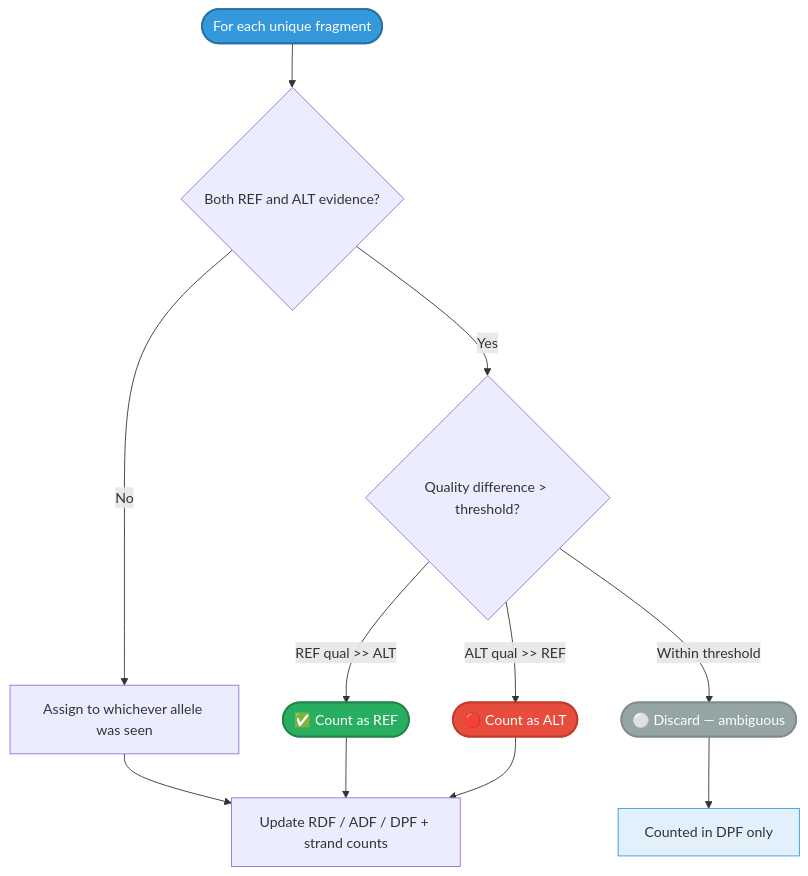
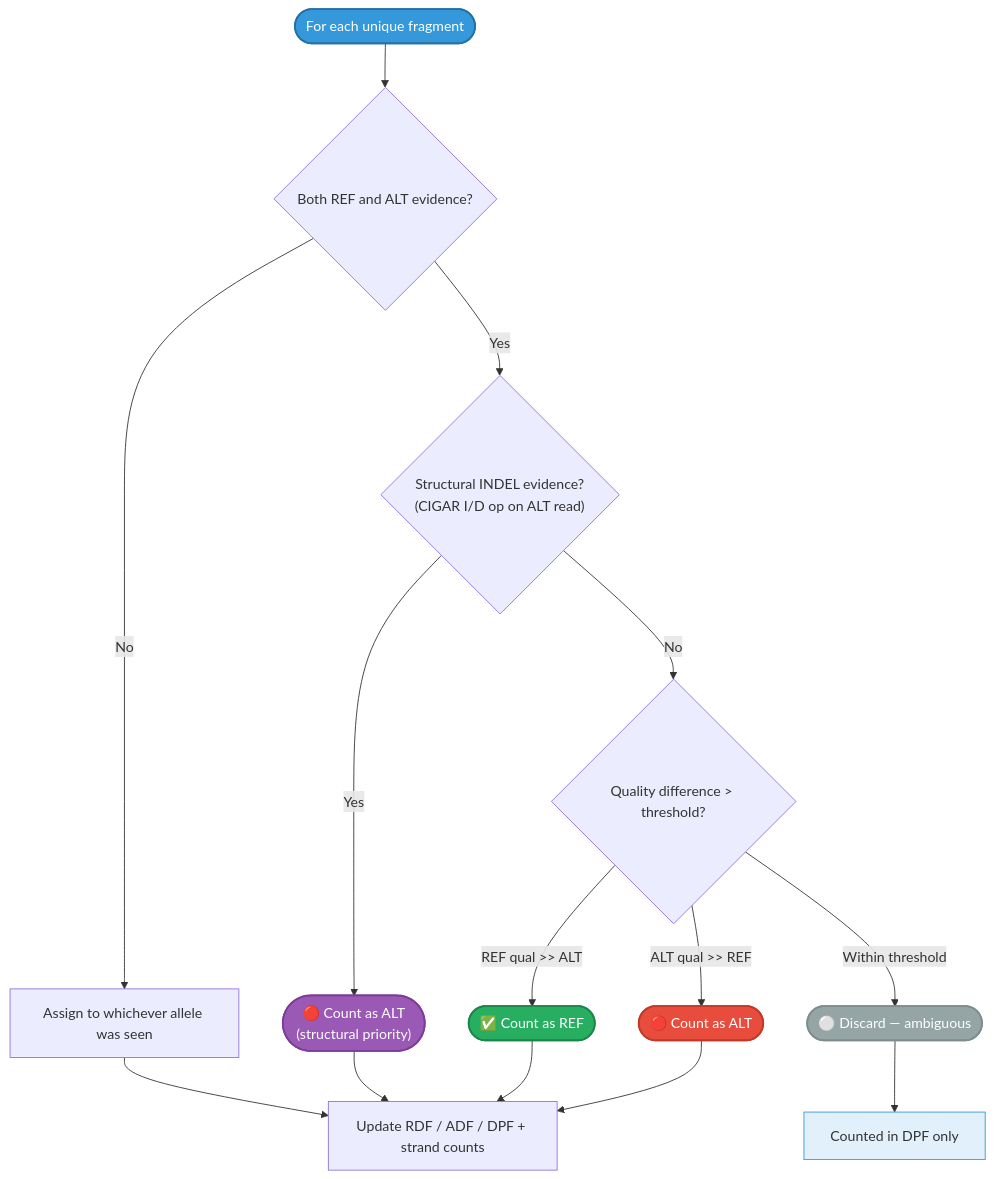
The fourth of 5 diagrams in docs/reference/counting-metrics.md (msk-access/gbcms), drawn with Mermaid before and after one commit. The commit also changed other lines of this file and 1 other file, not shown here.

First line of the commit message:
docs: add INDEL structural priority to fragment consensus documentation

````diff
--- a/docs/reference/counting-metrics.md
+++ b/docs/reference/counting-metrics.md
@@ -102,20 +102,24 @@
 ```mermaid
 flowchart TD
     ForEach(["For each unique fragment"]):::start --> HasBoth{"Both REF and ALT evidence?"}
     HasBoth -->|No| Direct["Assign to whichever allele was seen"]
-    HasBoth -->|Yes| QualCheck{"Quality difference > threshold?"}
+    HasBoth -->|Yes| Structural{"Structural INDEL evidence?\n(CIGAR I/D op on ALT read)"}
+    Structural -->|Yes| StructAlt(["🔴 Count as ALT\n(structural priority)"]):::structural
+    Structural -->|No| QualCheck{"Quality difference > threshold?"}
     QualCheck -->|"REF qual >> ALT"| Ref(["✅ Count as REF"]):::ref
     QualCheck -->|"ALT qual >> REF"| Alt(["🔴 Count as ALT"]):::alt
     QualCheck -->|"Within threshold"| Discard(["⚪ Discard — ambiguous"]):::discard
     Direct --> Count
+    StructAlt --> Count
     Ref --> Count
     Alt --> Count
     Discard --> DPF["Counted in DPF only"]:::info
     Count["Update RDF / ADF / DPF + strand counts"]
 
     classDef start fill:#3498db,color:#fff,stroke:#2471a3,stroke-width:2px;
     classDef ref fill:#27ae60,color:#fff,stroke:#1e8449,stroke-width:2px;
     classDef alt fill:#e74c3c,color:#fff,stroke:#c0392b,stroke-width:2px;
+    classDef structural fill:#9b59b6,color:#fff,stroke:#7d3c98,stroke-width:2px;
     classDef discard fill:#95a5a6,color:#fff,stroke:#7f8c8d,stroke-width:2px;
     classDef info fill:#3498db25,stroke:#3498db;
 ```
````
